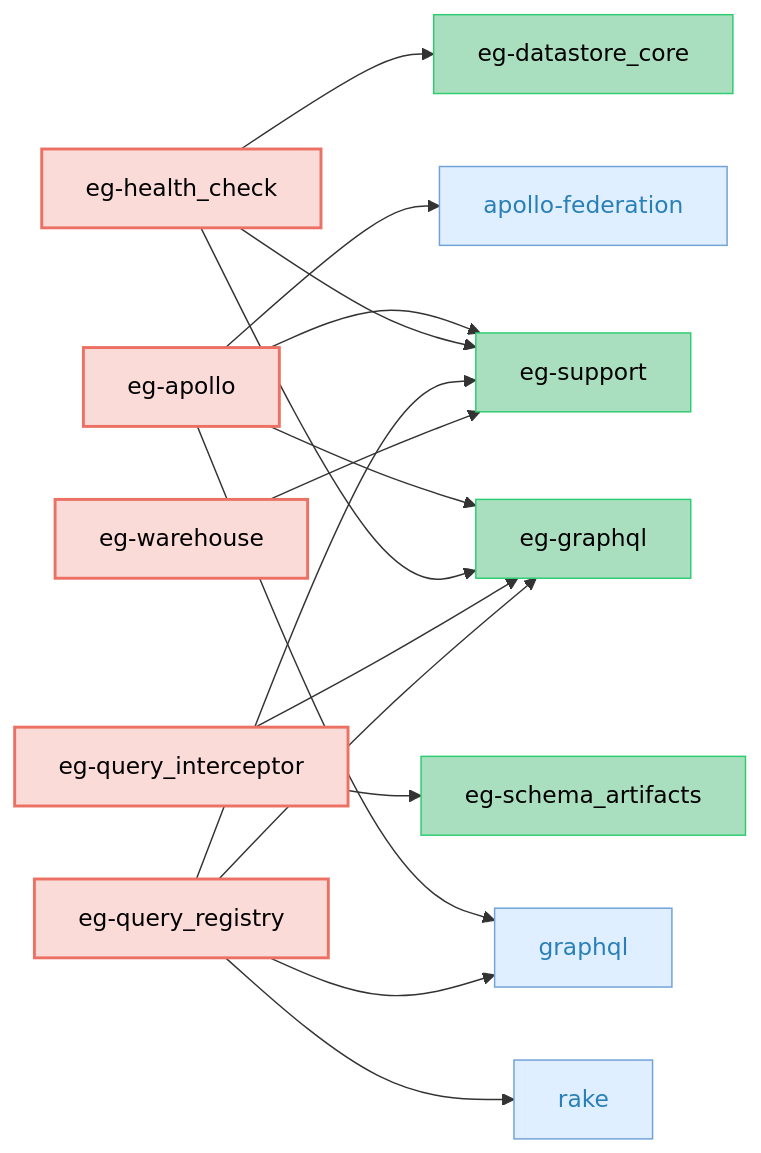
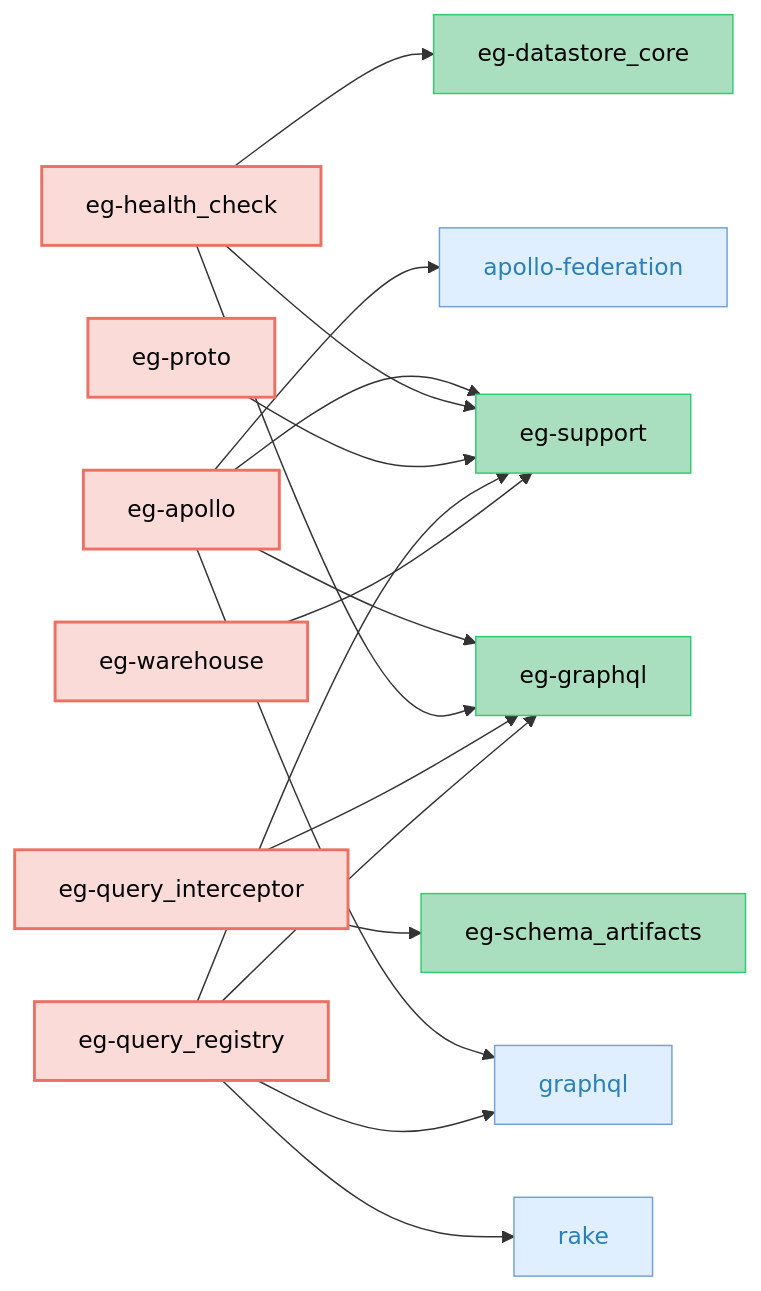
The fourth of 5 diagrams in CODEBASE_OVERVIEW.md (block/elasticgraph), drawn with Mermaid before and after one commit. The commit also changed other lines of this file and 1 other file, not shown here.

Commit message:
Update dependency diagrams for elasticgraph-proto

````diff
--- a/CODEBASE_OVERVIEW.md
+++ b/CODEBASE_OVERVIEW.md
@@ -207,47 +208,50 @@
 ```mermaid
 graph LR;
     classDef targetGemStyle fill:#FADBD8,stroke:#EC7063,color:#000,stroke-width:2px;
     classDef otherEgGemStyle fill:#A9DFBF,stroke:#2ECC71,color:#000;
     classDef externalGemCatStyle fill:#E0EFFF,stroke:#70A1D7,color:#2980B9;
     elasticgraph-apollo["eg-apollo"];
     elasticgraph-graphql["eg-graphql"];
     elasticgraph-support["eg-support"];
     graphql["graphql"];
     apollo-federation["apollo-federation"];
     elasticgraph-health_check["eg-health_check"];
     elasticgraph-datastore_core["eg-datastore_core"];
+    elasticgraph-proto["eg-proto"];
     elasticgraph-query_interceptor["eg-query_interceptor"];
     elasticgraph-schema_artifacts["eg-schema_artifacts"];
     elasticgraph-query_registry["eg-query_registry"];
     rake["rake"];
     elasticgraph-warehouse["eg-warehouse"];
     elasticgraph-apollo --> elasticgraph-graphql;
     elasticgraph-apollo --> elasticgraph-support;
     elasticgraph-apollo --> graphql;
     elasticgraph-apollo --> apollo-federation;
     elasticgraph-health_check --> elasticgraph-datastore_core;
     elasticgraph-health_check --> elasticgraph-graphql;
     elasticgraph-health_check --> elasticgraph-support;
+    elasticgraph-proto --> elasticgraph-support;
     elasticgraph-query_interceptor --> elasticgraph-graphql;
     elasticgraph-query_interceptor --> elasticgraph-schema_artifacts;
     elasticgraph-query_registry --> elasticgraph-graphql;
     elasticgraph-query_registry --> elasticgraph-support;
     elasticgraph-query_registry --> graphql;
     elasticgraph-query_registry --> rake;
     elasticgraph-warehouse --> elasticgraph-support;
     class elasticgraph-apollo targetGemStyle;
     class elasticgraph-graphql otherEgGemStyle;
     class elasticgraph-support otherEgGemStyle;
     class graphql externalGemCatStyle;
     class apollo-federation externalGemCatStyle;
     class elasticgraph-health_check targetGemStyle;
     class elasticgraph-datastore_core otherEgGemStyle;
+    class elasticgraph-proto targetGemStyle;
     class elasticgraph-query_interceptor targetGemStyle;
     class elasticgraph-schema_artifacts otherEgGemStyle;
     class elasticgraph-query_registry targetGemStyle;
     class rake externalGemCatStyle;
     class elasticgraph-warehouse targetGemStyle;
     click graphql href "https://rubygems.org/gems/graphql" "Open on RubyGems.org" _blank;
     click apollo-federation href "https://rubygems.org/gems/apollo-federation" "Open on RubyGems.org" _blank;
     click rake href "https://rubygems.org/gems/rake" "Open on RubyGems.org" _blank;
 ```
````
